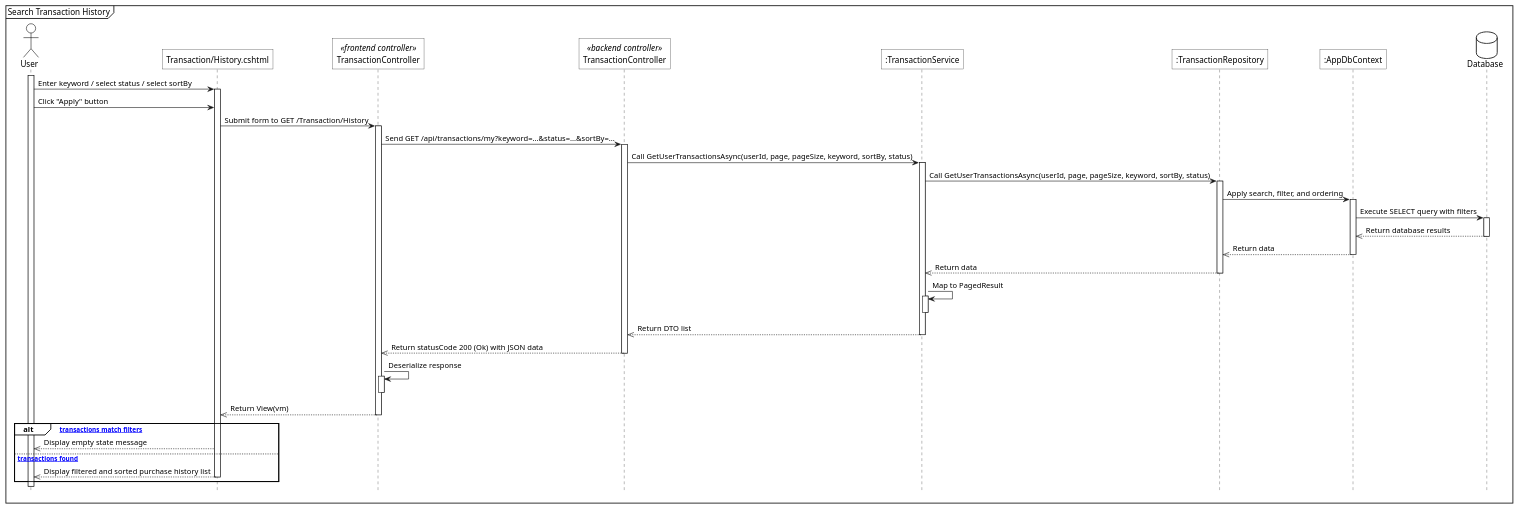
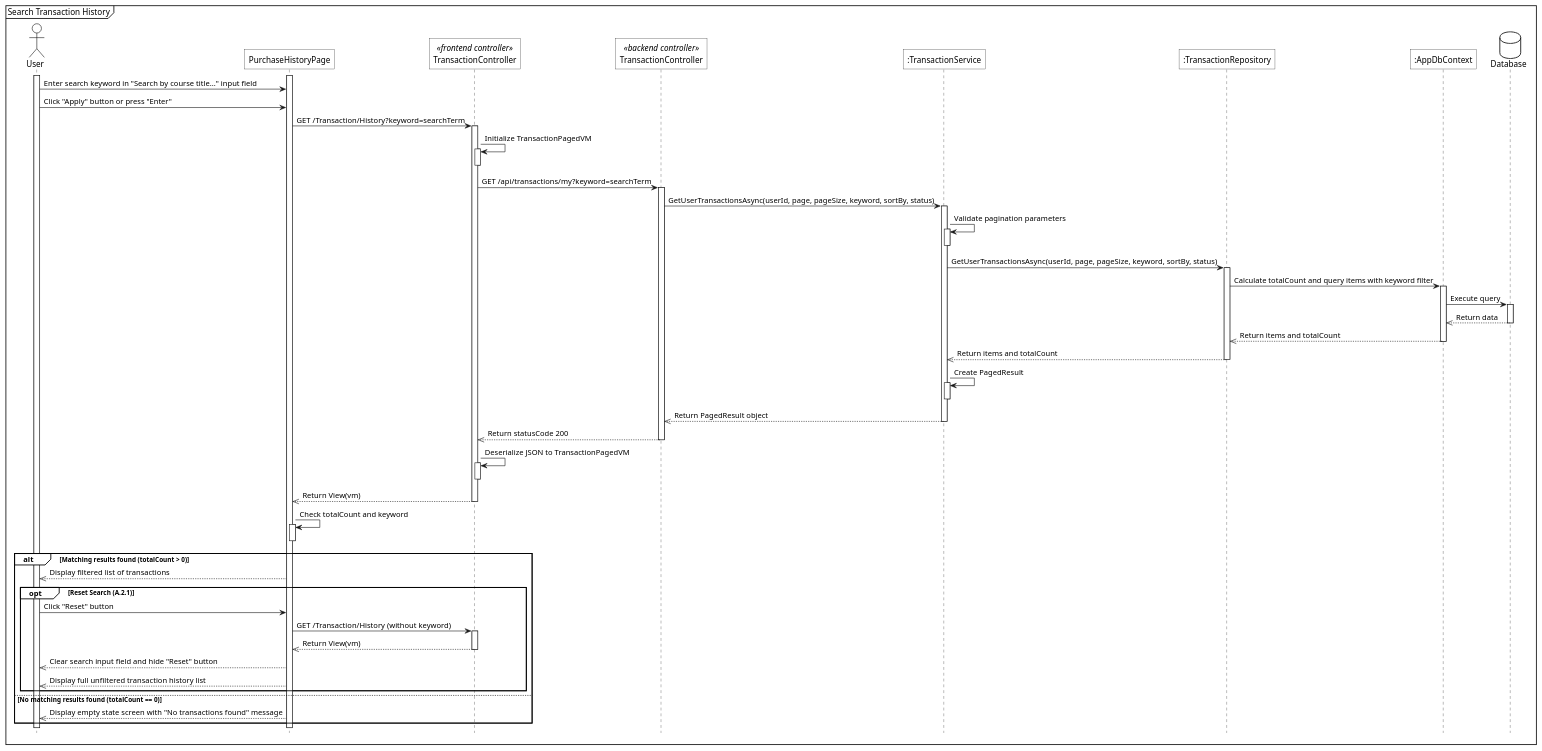
One commit to 1000do/Linked changed the diagram in diagrams/sequence/transaction/sq_search_transaction_history.plantuml. Above: the diagram before and after it, drawn with PlantUML. The commit also changed 65 other files, not shown here.

Commit message:
feat: implement checkout service, gift controller, and complete architecture documentation for finance and transaction modules

```diff
--- a/diagrams/sequence/transaction/sq_search_transaction_history.plantuml
+++ b/diagrams/sequence/transaction/sq_search_transaction_history.plantuml
@@ -1,70 +1,98 @@
 @startuml 
 <style>
     sequenceDiagram{
         actor{
             BackgroundColor white
             LineThickness 1.0
         }
         participant{
             BackgroundColor white
             RoundCorner 0
         }
         database{
-            BackgroundColor white
+            BackgroundColor white   
         }
         groupHeader{
             BackgroundColor white
         }
         referenceHeader{
             BackgroundColor white
         }
         reference{
             BackgroundColor white
         }
     }
 </style>
 
 hide footbox
+mainframe Search Transaction History
 
-mainframe Search Transaction History
 actor User as act
-
-participant "Transaction/History.cshtml" as view
+participant "PurchaseHistoryPage" as view
 participant "TransactionController" as fe_ctrl <<frontend controller>>
 participant "TransactionController" as be_ctrl <<backend controller>>
 participant ":TransactionService" as sv
 participant ":TransactionRepository" as repo
 participant ":AppDbContext" as ctx
 database Database as db
 
-act++
-act->view++: Enter keyword / select status / select sortBy
-act->view: Click "Apply" button
-view->fe_ctrl++: Submit form to GET /Transaction/History
+act ++
+view ++
 
-fe_ctrl->be_ctrl++: Send GET /api/transactions/my?keyword=...&status=...&sortBy=...
+act -> view: Enter search keyword in "Search by course title..." input field
+act -> view: Click "Apply" button or press "Enter"
 
-be_ctrl->sv++: Call GetUserTransactionsAsync(userId, page, pageSize, keyword, sortBy, status)
-sv->repo++: Call GetUserTransactionsAsync(userId, page, pageSize, keyword, sortBy, status)
+view -> fe_ctrl++: GET /Transaction/History?keyword=searchTerm
 
-repo->ctx++: Apply search, filter, and ordering
-ctx->db++: Execute SELECT query with filters
-db-->>ctx--: Return database results
-ctx-->>repo--: Return data
-repo-->>sv--: Return data
+fe_ctrl -> fe_ctrl++: Initialize TransactionPagedVM
+fe_ctrl--
 
-sv->sv++: Map to PagedResult
+fe_ctrl -> be_ctrl++: GET /api/transactions/my?keyword=searchTerm
+be_ctrl -> sv++: GetUserTransactionsAsync(userId, page, pageSize, keyword, sortBy, status)
+
+sv -> sv++: Validate pagination parameters
 sv--
-sv-->>be_ctrl--: Return DTO list
-be_ctrl-->>fe_ctrl--: Return statusCode 200 (Ok) with JSON data
 
-fe_ctrl->fe_ctrl++: Deserialize response
+sv -> repo++: GetUserTransactionsAsync(userId, page, pageSize, keyword, sortBy, status)
+
+repo -> ctx++: Calculate totalCount and query items with keyword filter
+ctx -> db++: Execute query
+db -->> ctx--: Return data
+ctx -->> repo--: Return items and totalCount
+
+repo -->> sv--: Return items and totalCount
+
+sv -> sv++: Create PagedResult
+sv--
+
+sv -->> be_ctrl--: Return PagedResult object
+be_ctrl -->> fe_ctrl--: Return statusCode 200
+
+fe_ctrl -> fe_ctrl++: Deserialize JSON to TransactionPagedVM
 fe_ctrl--
-fe_ctrl-->>view--: Return View(vm)
 
-alt [No transactions match filters]
-    view-->>act: Display empty state message
-else [Matching transactions found]
-    view-->>act--: Display filtered and sorted purchase history list
+fe_ctrl -->> view--: Return View(vm)
+
+view -> view++: Check totalCount and keyword
+view--
+alt Matching results found (totalCount > 0)
+    view -->> act: Display filtered list of transactions
+
+    opt Reset Search (A.2.1)
+        act -> view: Click "Reset" button
+        view -> fe_ctrl++: GET /Transaction/History (without keyword)
+        
+       
+        fe_ctrl -->> view--: Return View(vm)
+        
+        view -->> act: Clear search input field and hide "Reset" button
+        view -->> act: Display full unfiltered transaction history list
+    end
+    
+else No matching results found (totalCount == 0)
+    view -->> act: Display empty state screen with "No transactions found" message
+
+
 end
+
 @enduml
```
